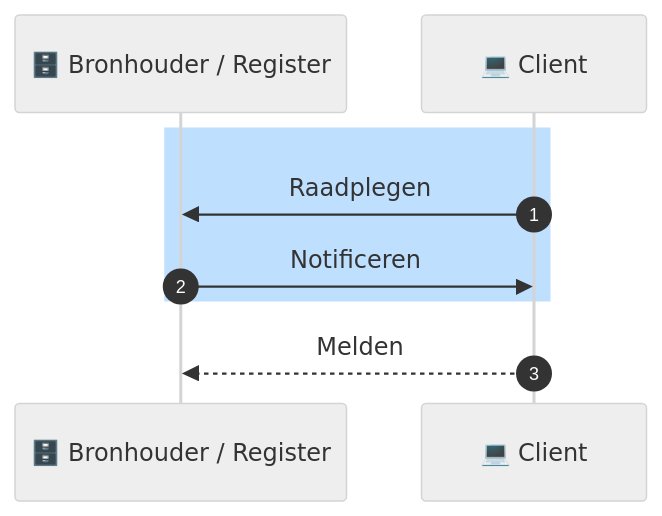
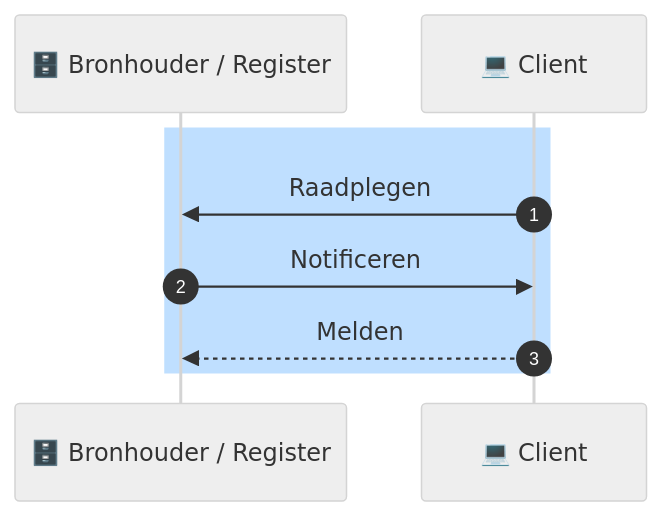
Before and after one commit to iStandaarden/koppelvlakspecificatie-netwerkmodel: the diagram in docs/index.md, drawn with Mermaid. The commit also changed other lines of this file and 83 other files, not shown here.

````diff
--- a/docs/index.md
+++ b/docs/index.md
@@ -7,15 +7,16 @@
 ```mermaid
 ---
 config:
   theme: neutral
 ---
 sequenceDiagram
         participant Bron as 🗄️ Bronhouder / Register
         participant Client as 💻 Client
         rect rgb(191, 223, 255)
         autonumber
         Client->>Bron: Raadplegen
         Bron->>Client: Notificeren
+        Client-->>Bron: Melden
         end
-        Client-->>Bron: Melden
+        
 ```
````
